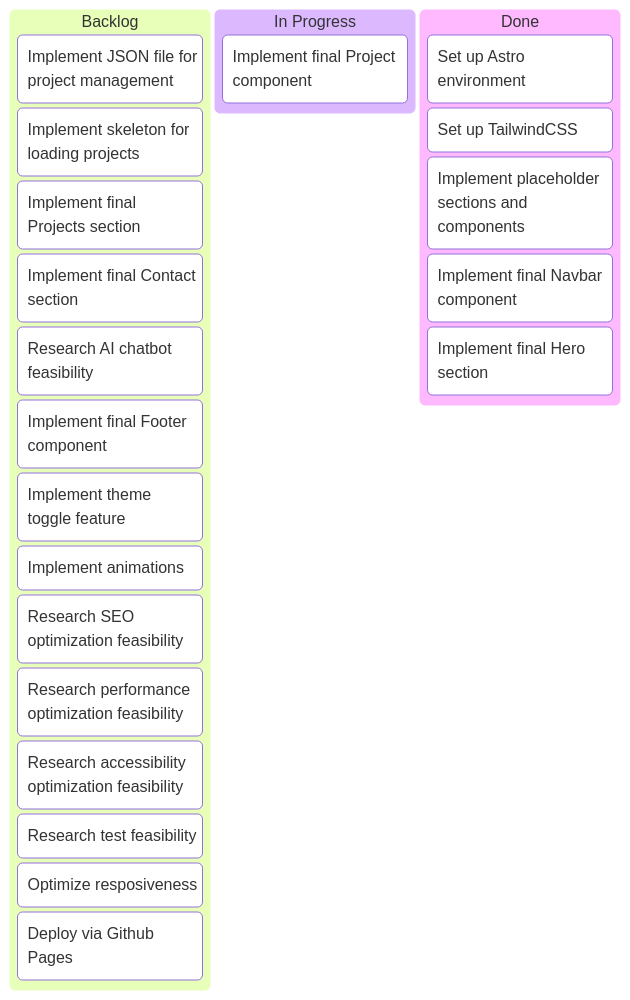
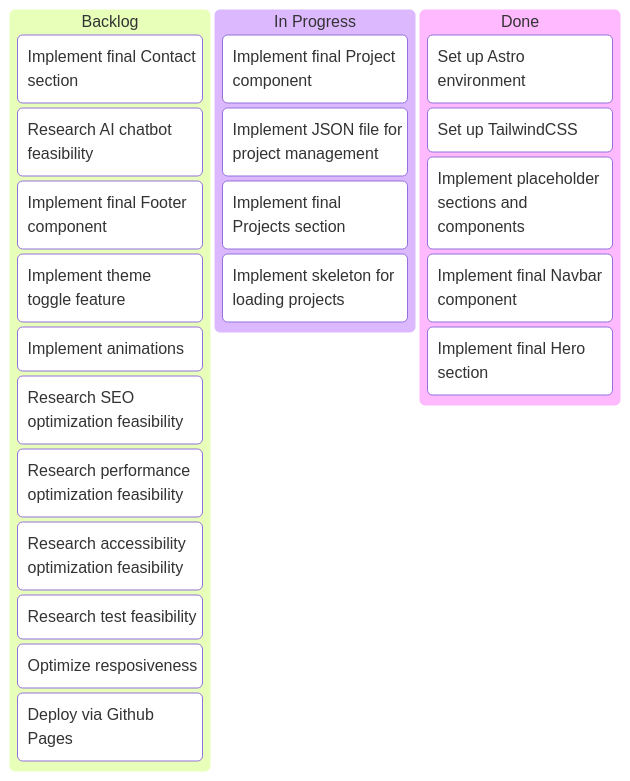
The diagram in docs/kanban.md (CantarinoG/portfolio), drawn with Mermaid before and after one commit. The commit also changed other lines of this file and 1 other file, not shown here.

Commit message:
feature: Implement ProjectCard component draft

````diff
--- a/docs/kanban.md
+++ b/docs/kanban.md
@@ -1,26 +1,26 @@
 ```mermaid
 kanban
   stage1[Backlog]
-    card22[Implement JSON file for project management]
-    card10[Implement skeleton for loading projects]
-    card11[Implement final Projects section]
     card12[Implement final Contact section]
     card13[Research AI chatbot feasibility]
     card14[Implement final Footer component]
     card15[Implement theme toggle feature]
     card16[Implement animations]
     card17[Research SEO optimization feasibility]
     card18[Research performance optimization feasibility]
     card19[Research accessibility optimization feasibility]
     card21[Research test feasibility]
     card23[Optimize resposiveness]
     card20[Deploy via Github Pages]
   stage2[In Progress]
     card8[Implement final Project component]
+    card22[Implement JSON file for project management]
+    card11[Implement final Projects section]
+    card10[Implement skeleton for loading projects]
   stage3[Done]
     card1[Set up Astro environment]
     card24[Set up TailwindCSS]
     card5[Implement placeholder sections and components]
     card6[Implement final Navbar component]
     card7[Implement final Hero section]
 ```
````
